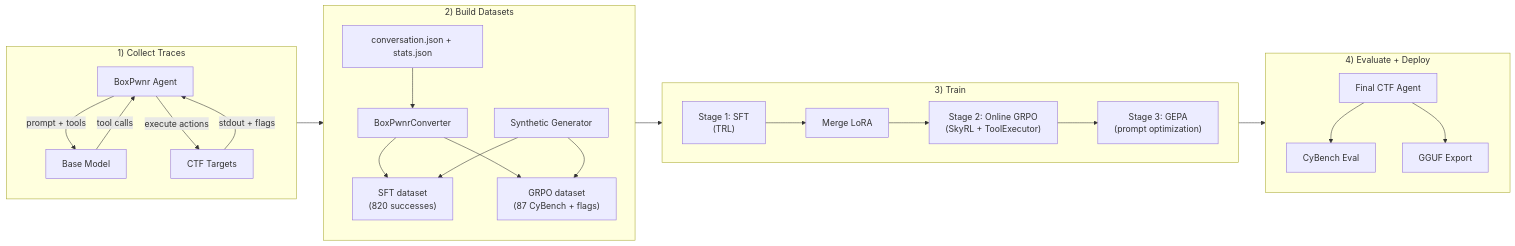
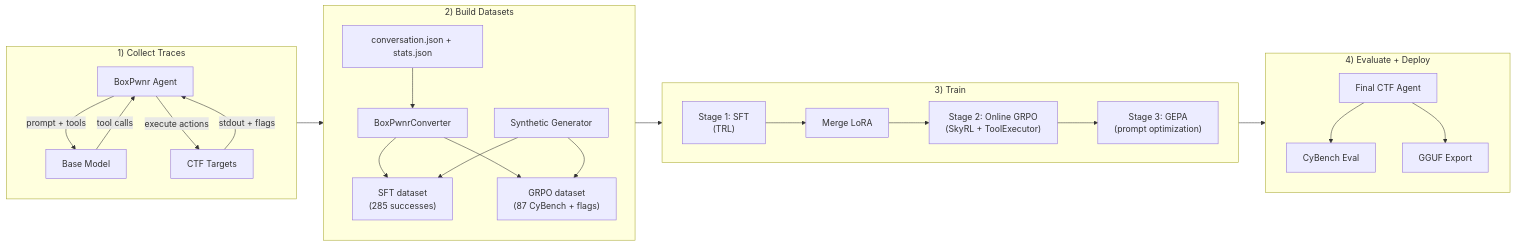
The first of 3 diagrams in README.md (westonbrown/open-ctf-env), drawn with Mermaid before and after one commit. The commit also changed other lines of this file and 10 other files, not shown here.

````diff
--- a/README.md
+++ b/README.md
@@ -18,31 +18,31 @@
 ```mermaid
 flowchart LR
     subgraph collect["1) Collect Traces"]
         box["BoxPwnr Agent"] -- "prompt + tools" --> model["Base Model"]
         model -- "tool calls" --> box
         box -- "execute actions" --> targets["CTF Targets"]
         targets -- "stdout + flags" --> box
     end
 
     subgraph convert["2) Build Datasets"]
         traces["conversation.json + stats.json"] --> converter["BoxPwnrConverter"]
-        converter --> sft_data["SFT dataset<br/>(820 successes)"]
+        converter --> sft_data["SFT dataset<br/>(285 successes)"]
         converter --> grpo_data["GRPO dataset<br/>(87 CyBench + flags)"]
         synth["Synthetic Generator"] --> sft_data
         synth --> grpo_data
     end
 
     subgraph train["3) Train"]
         direction LR
         sft["Stage 1: SFT<br/>(TRL)"] --> merge["Merge LoRA"]
         merge --> grpo["Stage 2: Online GRPO<br/>(SkyRL + ToolExecutor)"]
         grpo --> gepa["Stage 3: GEPA<br/>(prompt optimization)"]
     end
 
     subgraph deploy["4) Evaluate + Deploy"]
         final_model["Final CTF Agent"] --> eval_bench["CyBench Eval"]
         final_model --> export["GGUF Export"]
     end
 
     collect --> convert --> train --> deploy
 ```
````
